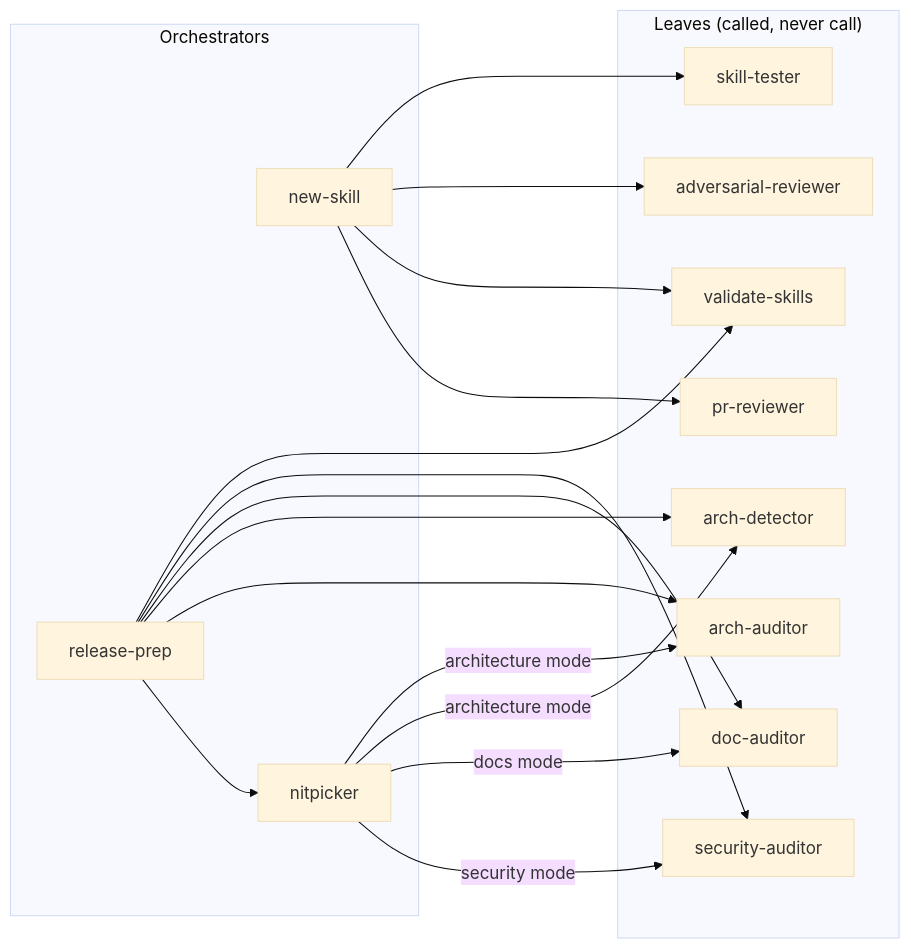
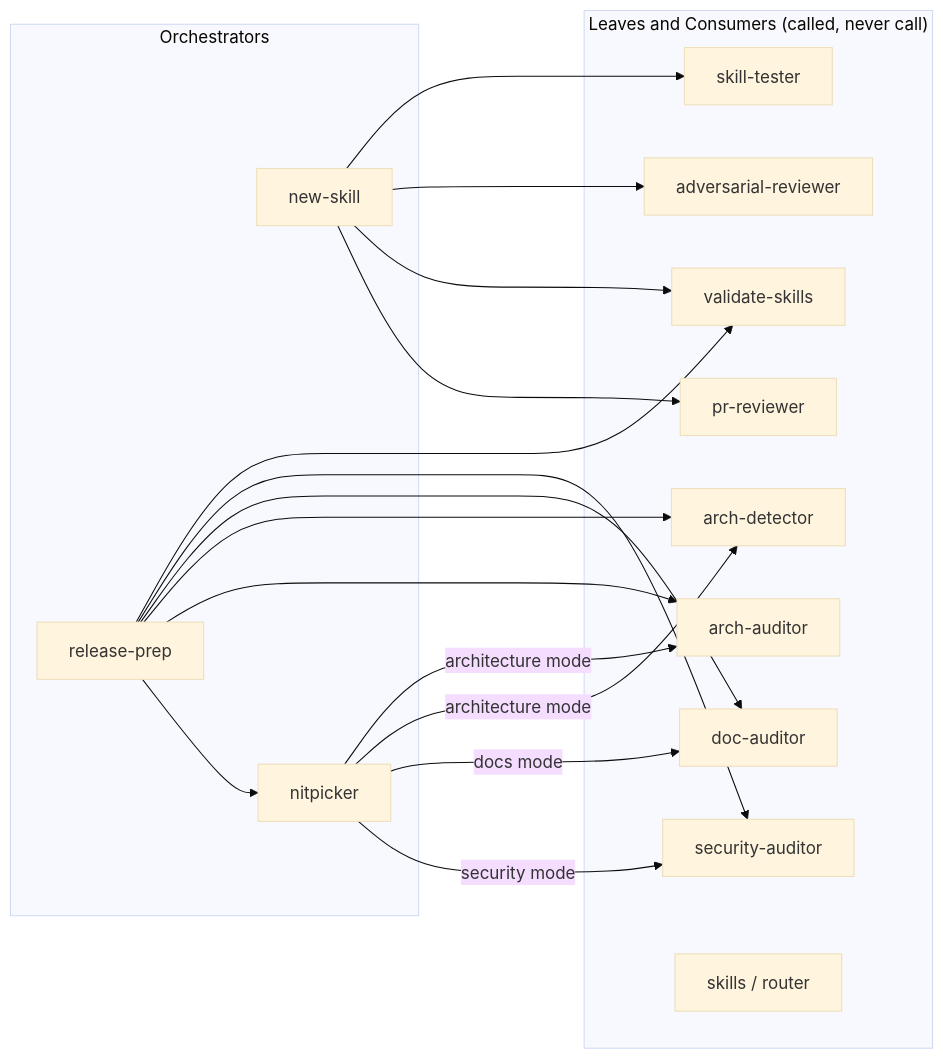
One commit to ivuorinen/skills changed the sixth of 6 diagrams in .claude/skills/README.md. Above: the diagram before and after it, drawn with Mermaid (base theme). The commit also changed other lines of this file and 7 other files, not shown here.

````diff
--- a/.claude/skills/README.md
+++ b/.claude/skills/README.md
@@ -236,36 +239,37 @@
 ```mermaid
 graph LR
     subgraph orchestrators["Orchestrators"]
         NS[new-skill]
         RP[release-prep]
         NP[nitpicker]
     end
 
-    subgraph leaves["Leaves (called, never call)"]
+    subgraph leaves["Leaves and Consumers (called, never call)"]
         AR[adversarial-reviewer]
         VS[validate-skills]
         AD[arch-detector]
         AA[arch-auditor]
         DA[doc-auditor]
         PR[pr-reviewer]
         SA[security-auditor]
         ST[skill-tester]
+        SK[skills / router]
     end
 
     NS --> ST
     NS --> AR
     NS --> VS
     NS --> PR
 
     RP --> VS
     RP --> SA
     RP --> DA
     RP --> AD
     RP --> AA
     RP --> NP
 
     NP -->|architecture mode| AA
     NP -->|architecture mode| AD
     NP -->|docs mode| DA
     NP -->|security mode| SA
 ```
````
